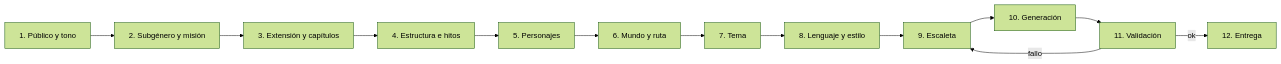
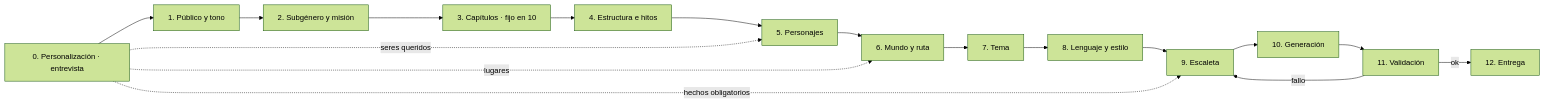
Before and after one commit to Asieribarz/my-story-marker: diagram 11 of 11 in docs/domain-knowledge.md, drawn with Mermaid (forest theme). The commit also changed other lines of this file and 6 other files, not shown here.

````diff
--- a/docs/domain-knowledge.md
+++ b/docs/domain-knowledge.md
@@ -212,15 +254,19 @@
 ```mermaid
 flowchart LR
-  D1["1. Público y tono"] --> D2["2. Subgénero y misión"]
-  D2 --> D3["3. Extensión y capítulos"]
+  D0["0. Personalización · entrevista"] --> D1["1. Público y tono"]
+  D1 --> D2["2. Subgénero y misión"]
+  D2 --> D3["3. Capítulos · fijo en 10"]
   D3 --> D4["4. Estructura e hitos"]
   D4 --> D5["5. Personajes"]
   D5 --> D6["6. Mundo y ruta"]
   D6 --> D7["7. Tema"]
   D7 --> D8["8. Lenguaje y estilo"]
   D8 --> D9["9. Escaleta"]
   D9 --> D10["10. Generación"]
   D10 --> D11["11. Validación"]
   D11 -->|"fallo"| D9
   D11 -->|"ok"| D12["12. Entrega"]
+  D0 -.->|"seres queridos"| D5
+  D0 -.->|"lugares"| D6
+  D0 -.->|"hechos obligatorios"| D9
 ```
````
